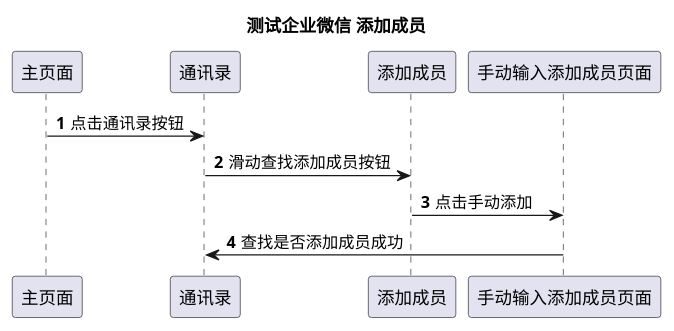
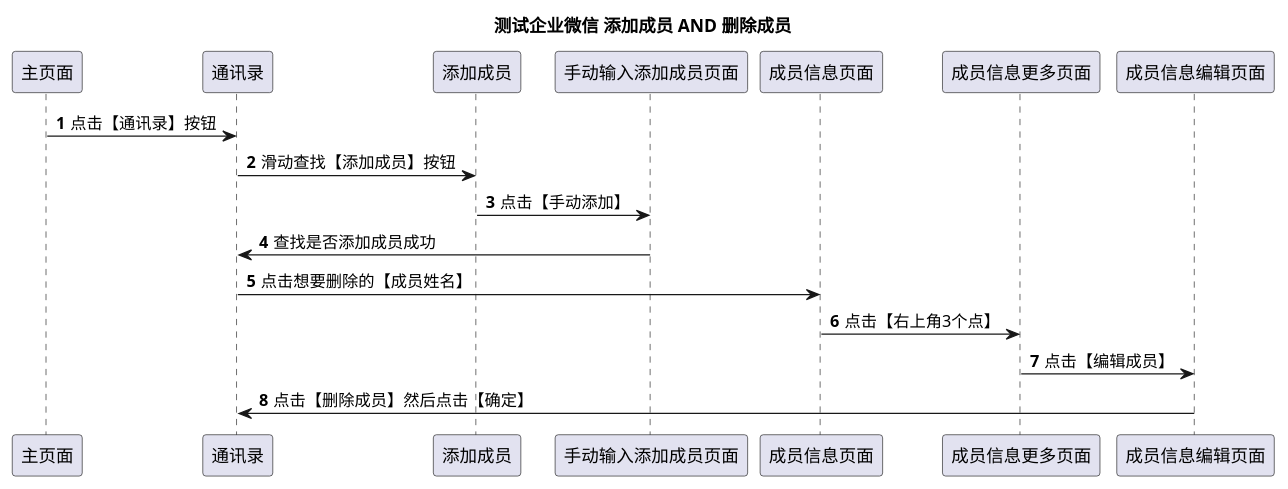
One commit to ti132520/pytest-vlog changed the diagram in appium-20210424/test_work_wechat.puml. Above: the diagram before and after it, drawn with PlantUML.

Commit message:
第6次

```diff
--- a/appium-20210424/test_work_wechat.puml
+++ b/appium-20210424/test_work_wechat.puml
@@ -1,22 +1,21 @@
 @startuml
-title 测试企业微信 添加成员
-
+title 测试企业微信 添加成员 AND 删除成员
 participant 主页面 as main
-
 participant 通讯录 as contact
-
 participant 添加成员 as add_member
-
 participant 手动输入添加成员页面 as add_member_of_sd
-
+participant 成员信息页面 as member_info
+participant 成员信息更多页面 as member_info_more
+participant 成员信息编辑页面 as edit_member
 autonumber
 
-main -> contact : 点击通讯录按钮
-
-contact -> add_member : 滑动查找添加成员按钮
-
-add_member -> add_member_of_sd : 点击手动添加
-
+main -> contact : 点击【通讯录】按钮
+contact -> add_member : 滑动查找【添加成员】按钮
+add_member -> add_member_of_sd : 点击【手动添加】
 add_member_of_sd -> contact : 查找是否添加成员成功
+contact -> member_info : 点击想要删除的【成员姓名】
+member_info ->member_info_more : 点击【右上角3个点】
+member_info_more -> edit_member : 点击【编辑成员】
+edit_member -> contact : 点击【删除成员】然后点击【确定】
 
 @enduml
```
